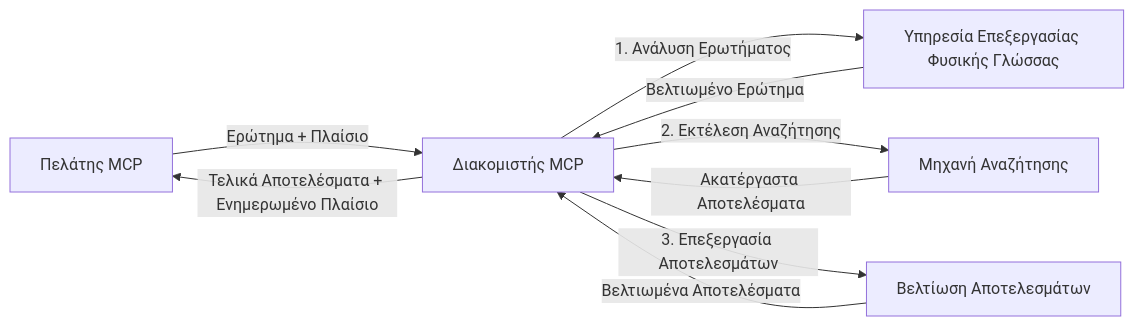
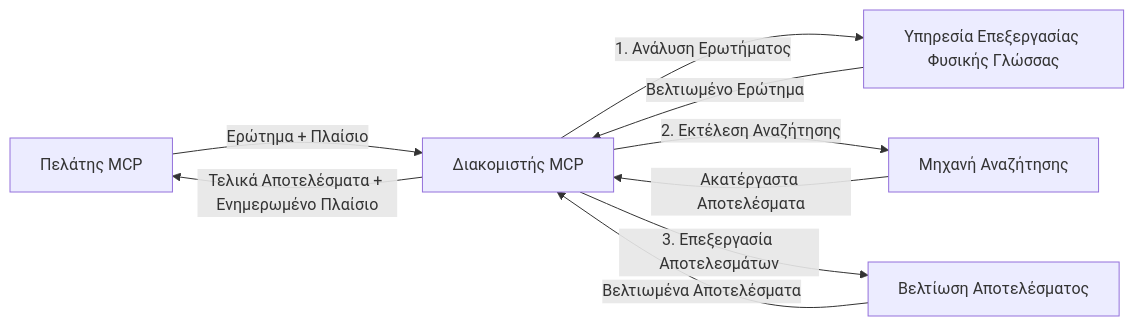
One commit to microsoft/mcp-for-beginners changed the fourth of 4 diagrams in translations/el/05-AdvancedTopics/mcp-realtimesearch/README.md. Above: the diagram before and after it, drawn with Mermaid. The commit also changed other lines of this file and 148 other files, not shown here.

````diff
--- a/translations/el/05-AdvancedTopics/mcp-realtimesearch/README.md
+++ b/translations/el/05-AdvancedTopics/mcp-realtimesearch/README.md
@@ -626,11 +628,11 @@
 ```mermaid
 graph LR
     Client[Πελάτης MCP] --> |Ερώτημα + Πλαίσιο| Server[Διακομιστής MCP]
     Server --> |1. Ανάλυση Ερωτήματος| NLP[Υπηρεσία Επεξεργασίας Φυσικής Γλώσσας]
     NLP --> |Βελτιωμένο Ερώτημα| Server
     Server --> |2. Εκτέλεση Αναζήτησης| Search[Μηχανή Αναζήτησης]
     Search --> |Ακατέργαστα Αποτελέσματα| Server
-    Server --> |3. Επεξεργασία Αποτελεσμάτων| Enhancement[Βελτίωση Αποτελεσμάτων]
+    Server --> |3. Επεξεργασία Αποτελεσμάτων| Enhancement[Βελτίωση Αποτελέσματος]
     Enhancement --> |Βελτιωμένα Αποτελέσματα| Server
     Server --> |Τελικά Αποτελέσματα + Ενημερωμένο Πλαίσιο| Client
 ```
````
